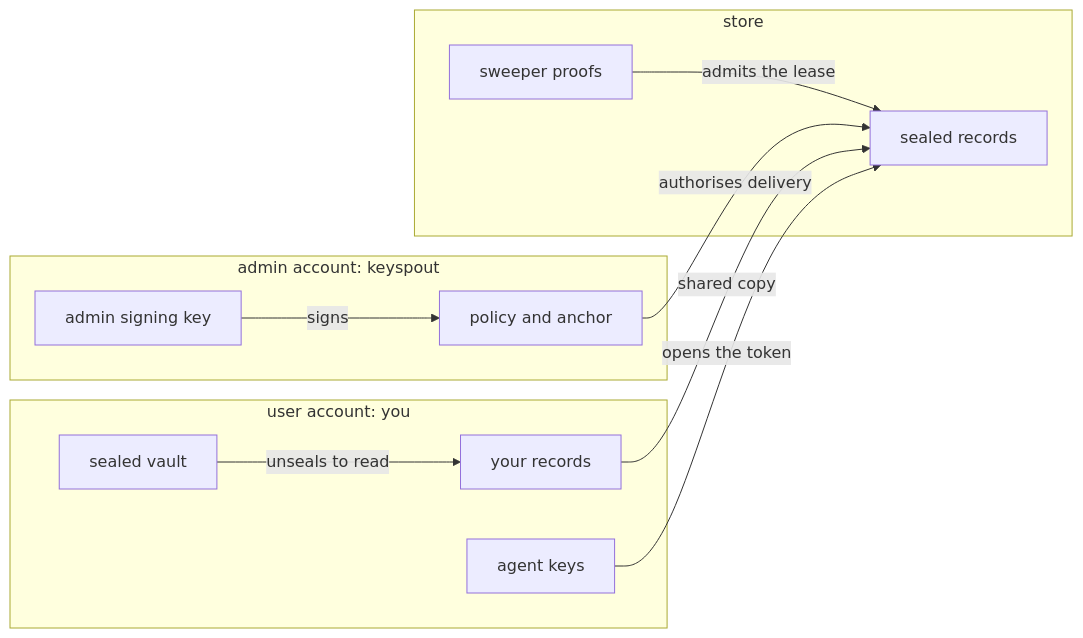
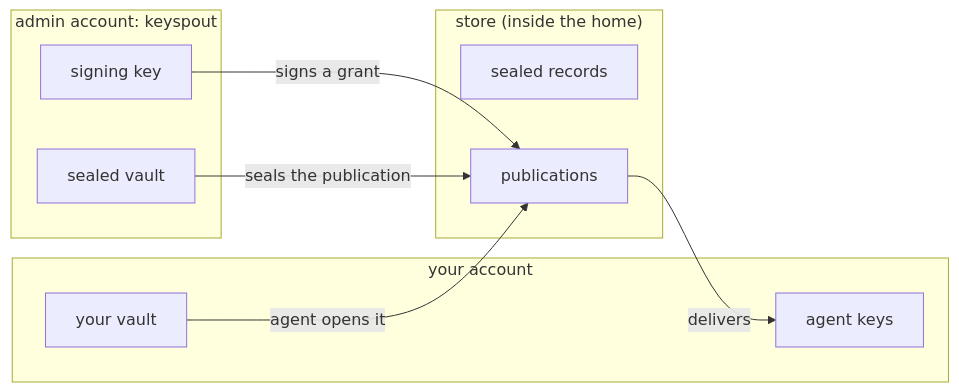
One commit to bruj0/keyspout changed the diagram in QUICKSTART.md. Above: the diagram before and after it, drawn with Mermaid. The commit also changed other lines of this file and 68 other files, not shown here.

````diff
--- a/QUICKSTART.md
+++ b/QUICKSTART.md
@@ -21,22 +17,19 @@
 ```mermaid
 flowchart LR
     subgraph admin["admin account: keyspout"]
-        A1["admin signing key"]
-        A2["policy and anchor"]
+        A1["signing key"]
+        A2["sealed vault"]
     end
-    subgraph user["user account: you"]
-        U1["sealed vault"]
-        U2["your records"]
-        U3["agent keys"]
+    subgraph you["your account"]
+        U1["your vault"]
+        U2["agent keys"]
     end
-    subgraph store["store"]
+    subgraph store["store (inside the home)"]
         S1["sealed records"]
-        S2["sweeper proofs"]
+        S2["publications"]
     end
-    A1 -->|"signs"| A2
-    A2 -->|"authorises delivery"| S1
-    U1 -->|"unseals to read"| U2
-    U2 -->|"shared copy"| S1
-    S2 -->|"admits the lease"| S1
-    U3 -->|"opens the token"| S1
+    A1 -->|"signs a grant"| S2
+    A2 -->|"seals the publication"| S2
+    U1 -->|"agent opens it"| S2
+    S2 -->|"delivers"| U2
 ```
````
